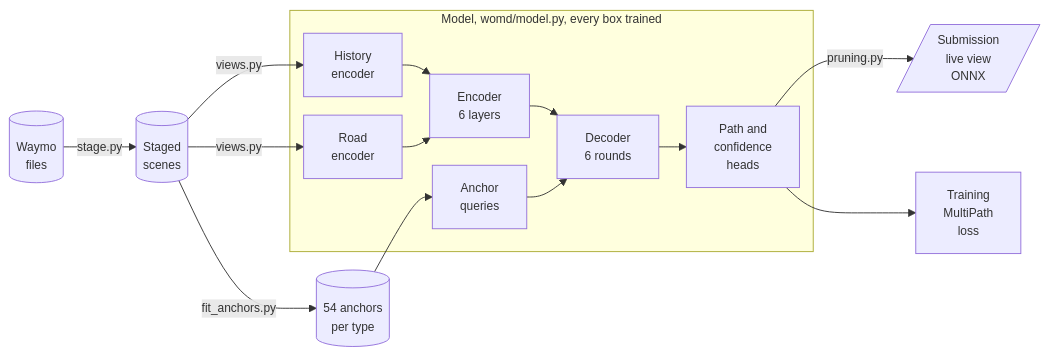
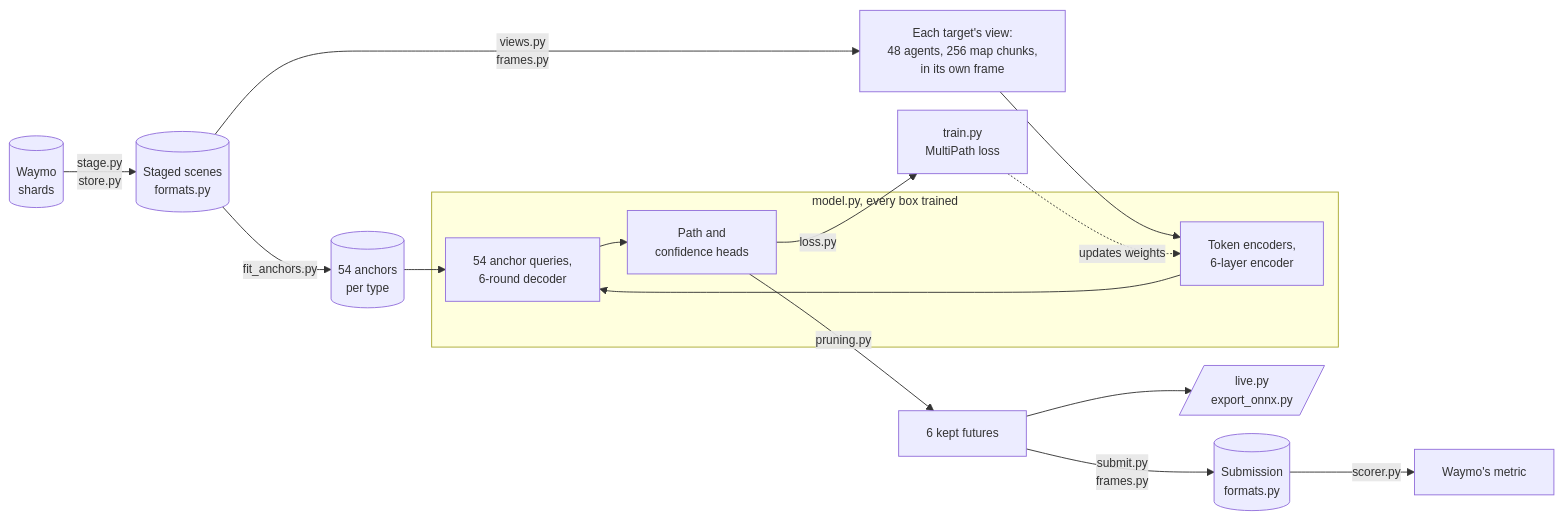
One commit to Scott-Grew/MotionNet-avPrediction changed the diagram in README.md. Above: the diagram before and after it, drawn with Mermaid.

Commit message:
redraw the architecture chart around the new modules

````diff
--- a/README.md
+++ b/README.md
@@ -61,19 +61,17 @@
 ```mermaid
 %%{init: {"flowchart": {"nodeSpacing": 20, "rankSpacing": 30}, "themeVariables": {"fontSize": "13px"}}}%%
 flowchart LR
-    RAW[("Waymo<br/>files")] -->|stage.py| STAGED[("Staged<br/>scenes")]
-    subgraph MODEL["Model, womd/model.py, every box trained"]
-        AGENTS["History<br/>encoder"]
-        ROAD["Road<br/>encoder"]
-        ENCODER["Encoder<br/>6 layers"]
-        QUERY["Anchor<br/>queries"]
-        DECODER["Decoder<br/>6 rounds"]
-        HEADS["Path and<br/>confidence<br/>heads"]
-        AGENTS & ROAD --> ENCODER --> DECODER
-        QUERY --> DECODER --> HEADS
+    RAW[("Waymo<br/>shards")] -->|"stage.py<br/>store.py"| STAGED[("Staged scenes<br/>formats.py")]
+    STAGED -->|fit_anchors.py| ANCHORS[("54 anchors<br/>per type")]
+    STAGED -->|"views.py<br/>frames.py"| VIEW["Each target's view:<br/>48 agents, 256 map chunks,<br/>in its own frame"]
+    subgraph MODEL["model.py, every box trained"]
+        ENCODER["Token encoders,<br/>6-layer encoder"] --> DECODER["54 anchor queries,<br/>6-round decoder"] --> HEADS["Path and<br/>confidence heads"]
     end
-    STAGED -->|views.py| AGENTS & ROAD
-    STAGED -->|fit_anchors.py| ANCHORS[("54 anchors<br/>per type")] --> QUERY
-    HEADS -->|pruning.py| OUT[/"Submission<br/>live view<br/>ONNX"/]
-    HEADS --> LOSS["Training<br/>MultiPath<br/>loss"]
+    VIEW --> ENCODER
+    ANCHORS --> DECODER
+    HEADS -->|loss.py| TRAIN["train.py<br/>MultiPath loss"]
+    TRAIN -.->|updates weights| ENCODER
+    HEADS -->|pruning.py| KEPT["6 kept futures"]
+    KEPT -->|"submit.py<br/>frames.py"| SUBMISSION[("Submission<br/>formats.py")] -->|scorer.py| METRIC["Waymo's metric"]
+    KEPT --> SHOWN[/"live.py<br/>export_onnx.py"/]
 ```
````
